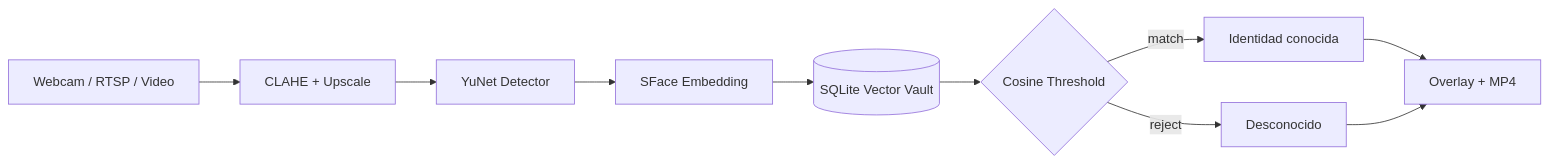
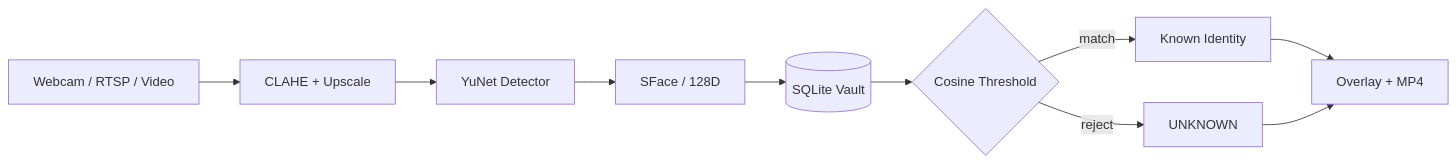
The diagram in README.md (alejondr3/Faceguard), drawn with Mermaid before and after one commit. The commit also changed other lines of this file, not shown here.

````diff
--- a/README.md
+++ b/README.md
@@ -347,12 +235,12 @@
 ```mermaid
 flowchart LR
     A[Webcam / RTSP / Video] --> B[CLAHE + Upscale]
     B --> C[YuNet Detector]
-    C --> D[SFace Embedding]
-    D --> E[(SQLite Vector Vault)]
+    C --> D[SFace / 128D]
+    D --> E[(SQLite Vault)]
     E --> F{Cosine Threshold}
-    F -->|match| G[Identidad conocida]
-    F -->|reject| H[Desconocido]
+    F -->|match| G[Known Identity]
+    F -->|reject| H[UNKNOWN]
     G --> I[Overlay + MP4]
     H --> I
 ```
````
